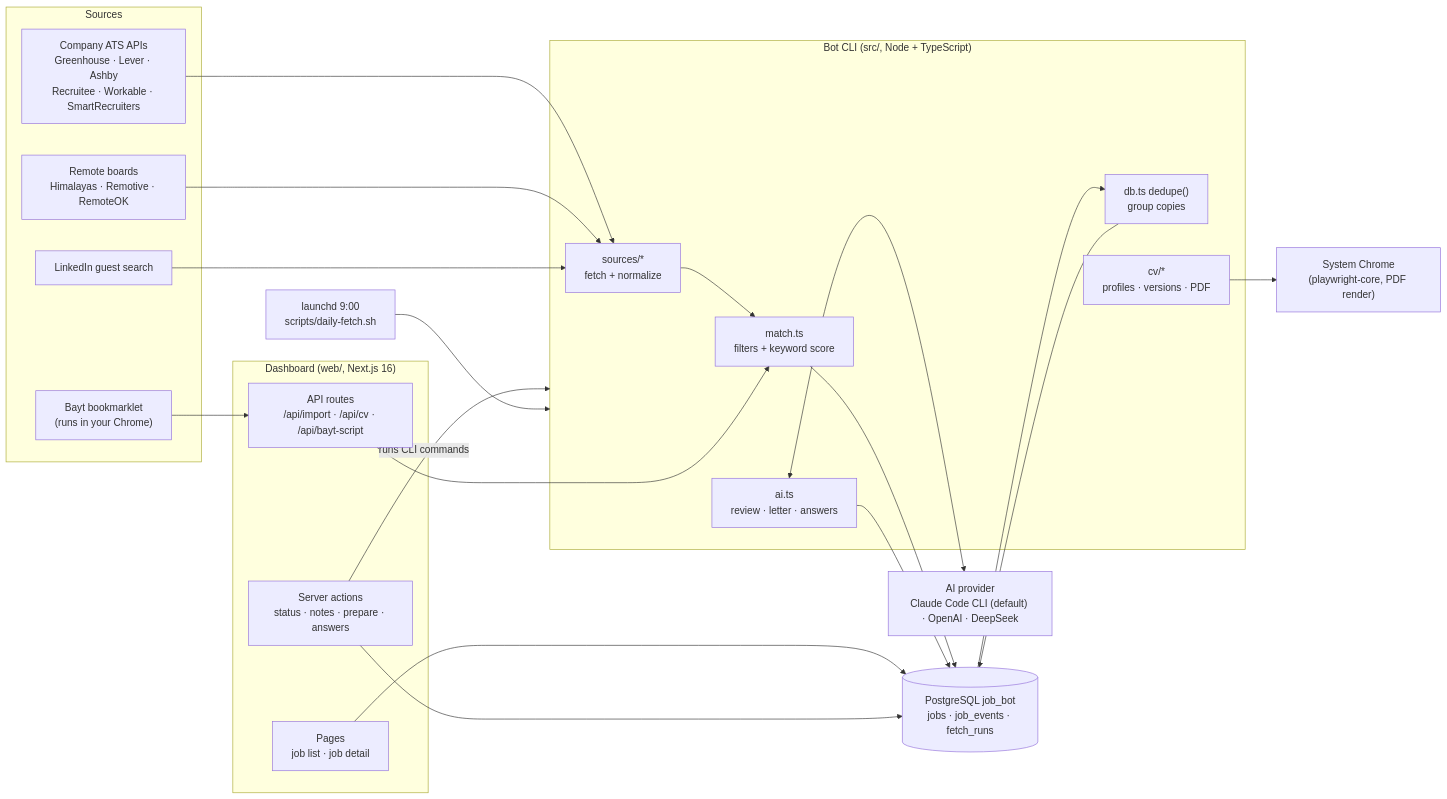
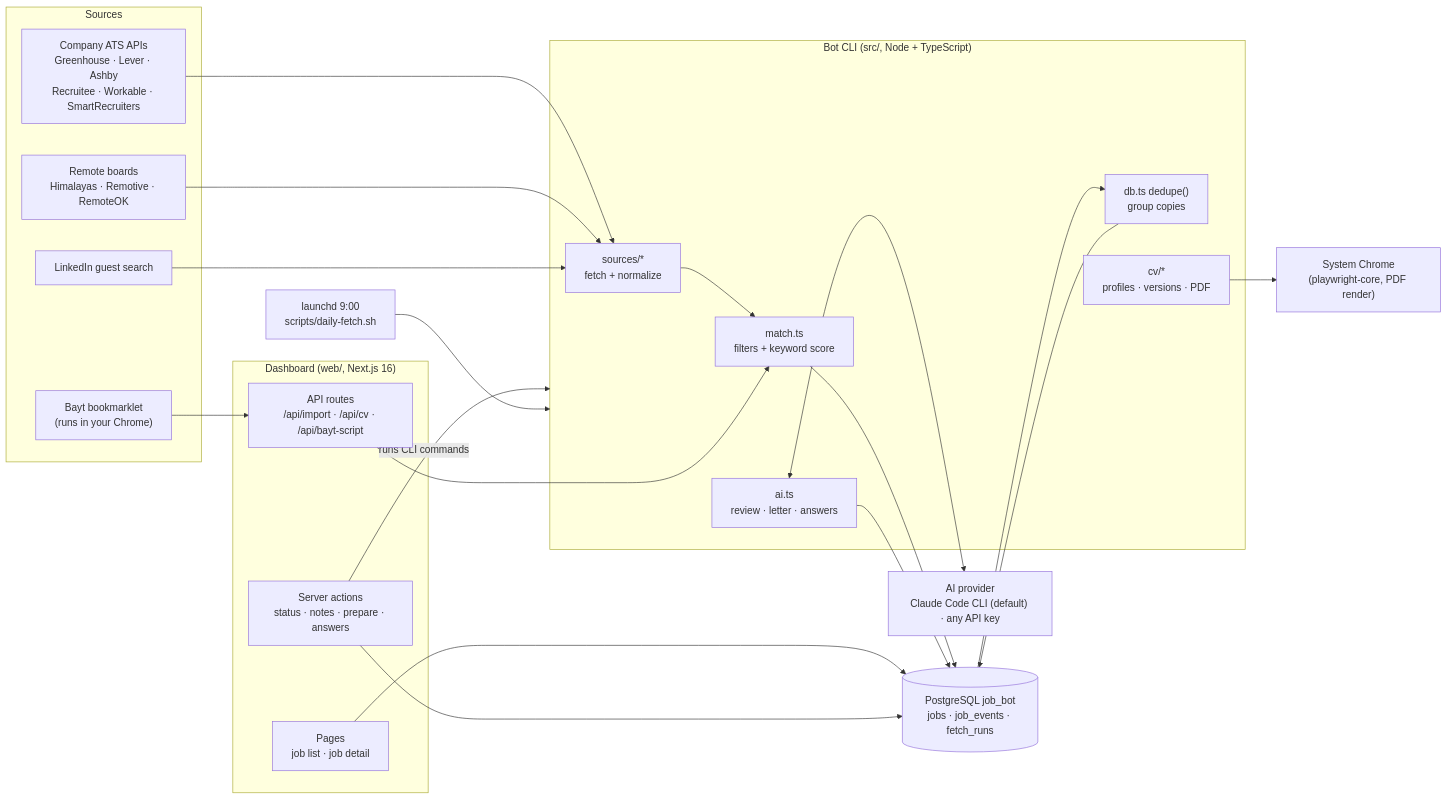
Before and after one commit to abdulrehmandar2234/job-bot: the diagram in README.md, drawn with Mermaid. The commit also changed other lines of this file and 2 other files, not shown here.

First line of the commit message:
Document the single AI API key and its presets

````diff
--- a/README.md
+++ b/README.md
@@ -92,40 +92,40 @@
 ```mermaid
 flowchart LR
   subgraph Sources
     ATS["Company ATS APIs<br/>Greenhouse · Lever · Ashby<br/>Recruitee · Workable · SmartRecruiters"]
     Boards["Remote boards<br/>Himalayas · Remotive · RemoteOK"]
     LI["LinkedIn guest search"]
     Bayt["Bayt bookmarklet<br/>(runs in your Chrome)"]
   end
 
   subgraph Bot["Bot CLI (src/, Node + TypeScript)"]
     Fetch["sources/*<br/>fetch + normalize"]
     Match["match.ts<br/>filters + keyword score"]
     Dedupe["db.ts dedupe()<br/>group copies"]
     AI["ai.ts<br/>review · letter · answers"]
     CV["cv/*<br/>profiles · versions · PDF"]
   end
 
   DB[("PostgreSQL job_bot<br/>jobs · job_events · fetch_runs")]
-  Claude["AI provider<br/>Claude Code CLI (default) · OpenAI · DeepSeek"]
+  Claude["AI provider<br/>Claude Code CLI (default) · any API key"]
   Chrome["System Chrome<br/>(playwright-core, PDF render)"]
 
   subgraph Web["Dashboard (web/, Next.js 16)"]
     Pages["Pages<br/>job list · job detail"]
     Actions["Server actions<br/>status · notes · prepare · answers"]
     API["API routes<br/>/api/import · /api/cv · /api/bayt-script"]
   end
 
   Launchd["launchd 9:00<br/>scripts/daily-fetch.sh"]
 
   ATS & Boards & LI --> Fetch --> Match --> DB
   Bayt --> API --> Match
   DB --> Dedupe --> DB
   AI <--> Claude
   AI --> DB
   CV --> Chrome
   Pages --> DB
   Actions --> DB
   Actions -- "runs CLI commands" --> Bot
   Launchd --> Bot
 ```
````
